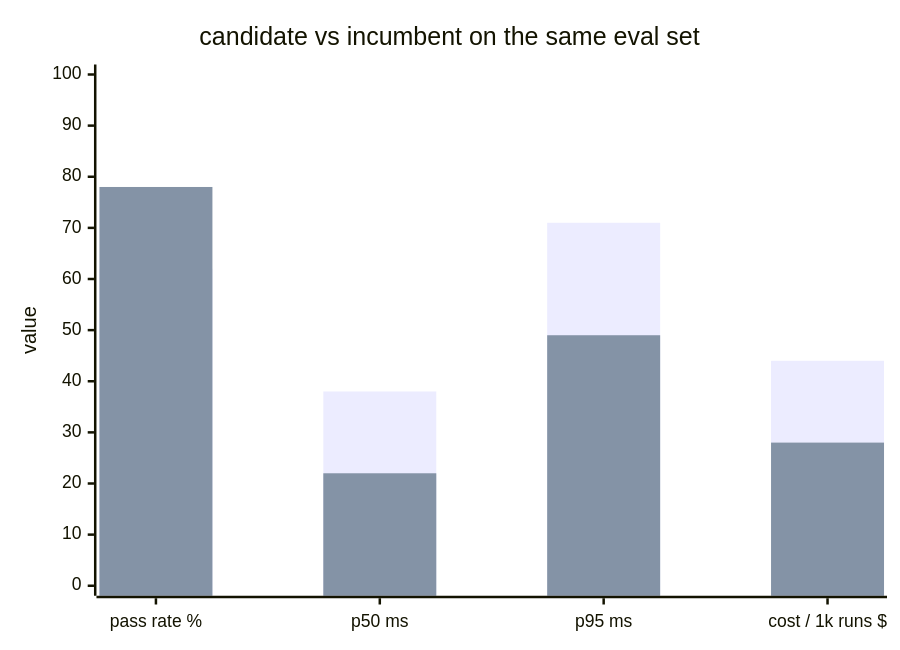
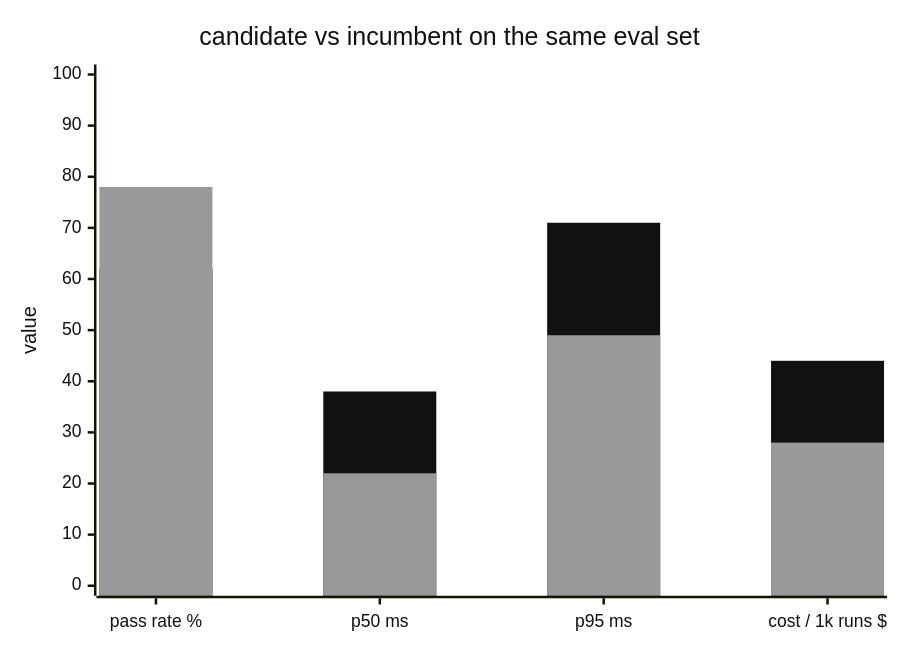
The third of 3 diagrams in README.md (AbhiiGatty/AbhiiGatty), drawn with Mermaid before and after one commit. The commit also changed other lines of this file, not shown here.

````diff
--- a/README.md
+++ b/README.md
@@ -210,8 +160,9 @@
 ```mermaid
+%%{init: {"themeVariables": {"xyChart": {"backgroundColor": "transparent", "titleColor": "#111111", "xAxisLabelColor": "#111111", "yAxisLabelColor": "#111111", "xAxisTitleColor": "#111111", "yAxisTitleColor": "#111111", "plotColorPalette": "#111111, #999999"}}}}%%
 xychart-beta
     title "candidate vs incumbent on the same eval set"
     x-axis ["pass rate %", "p50 ms", "p95 ms", "cost / 1k runs $"]
     y-axis "value" 0 --> 100
     bar [62, 38, 71, 44]
     bar [78, 22, 49, 28]
 ```
````
